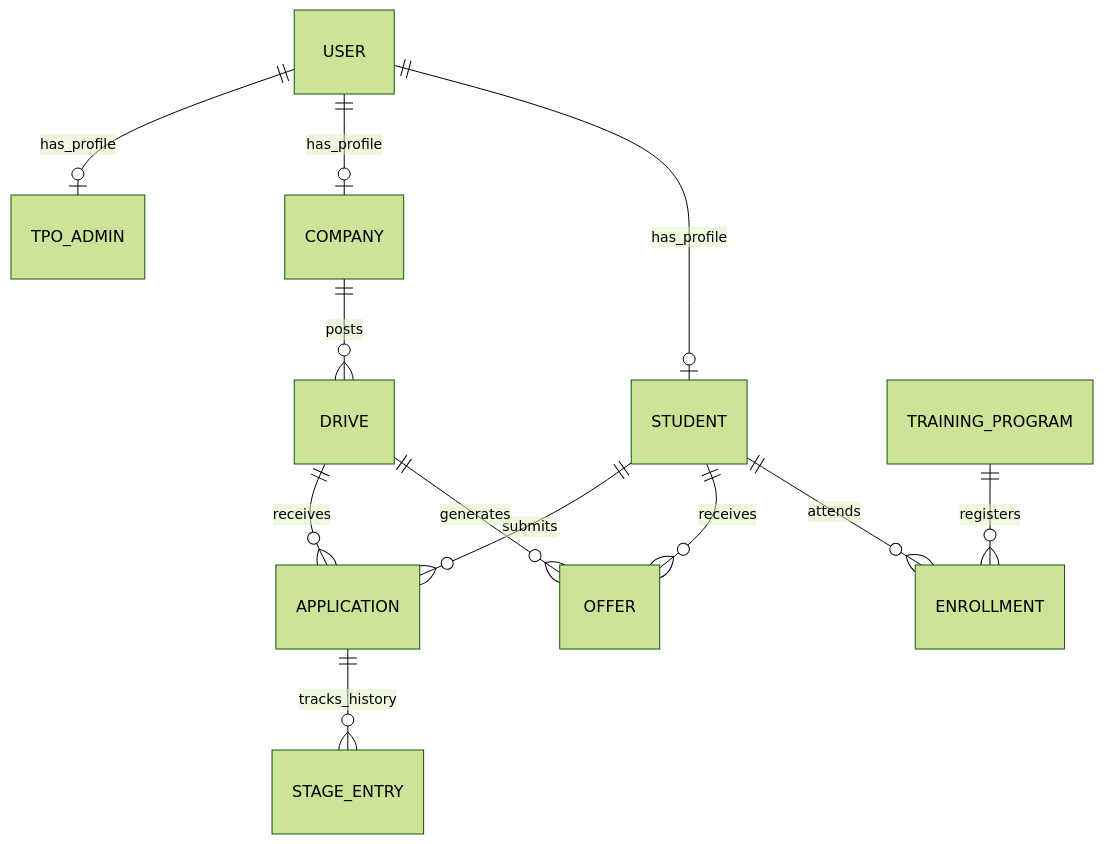
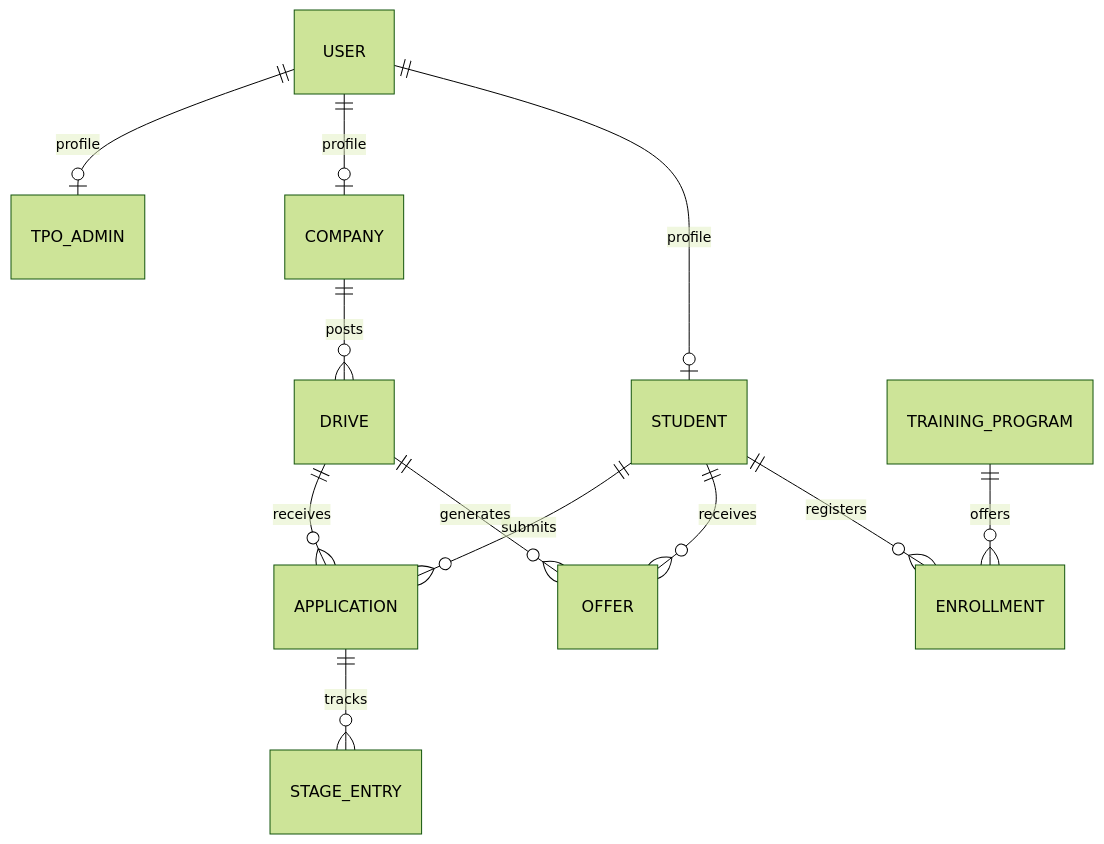
Before and after one commit to mayankbisht-tech/hot_commits: the third of 3 diagrams in README.md, drawn with Mermaid (forest theme). The commit also changed other lines of this file, not shown here.

````diff
--- a/README.md
+++ b/README.md
@@ -57,14 +172,14 @@
 ```mermaid
 erDiagram
-    USER ||--o| TPO_ADMIN : has_profile
-    USER ||--o| COMPANY : has_profile
-    USER ||--o| STUDENT : has_profile
+    USER ||--o| TPO_ADMIN : profile
+    USER ||--o| COMPANY : profile
+    USER ||--o| STUDENT : profile
     COMPANY ||--o{ DRIVE : posts
     STUDENT ||--o{ APPLICATION : submits
     DRIVE ||--o{ APPLICATION : receives
-    APPLICATION ||--o{ STAGE_ENTRY : tracks_history
+    APPLICATION ||--o{ STAGE_ENTRY : tracks
     STUDENT ||--o{ OFFER : receives
     DRIVE ||--o{ OFFER : generates
-    TRAINING_PROGRAM ||--o{ ENROLLMENT : registers
-    STUDENT ||--o{ ENROLLMENT : attends
+    TRAINING_PROGRAM ||--o{ ENROLLMENT : offers
+    STUDENT ||--o{ ENROLLMENT : registers
 ```
````
